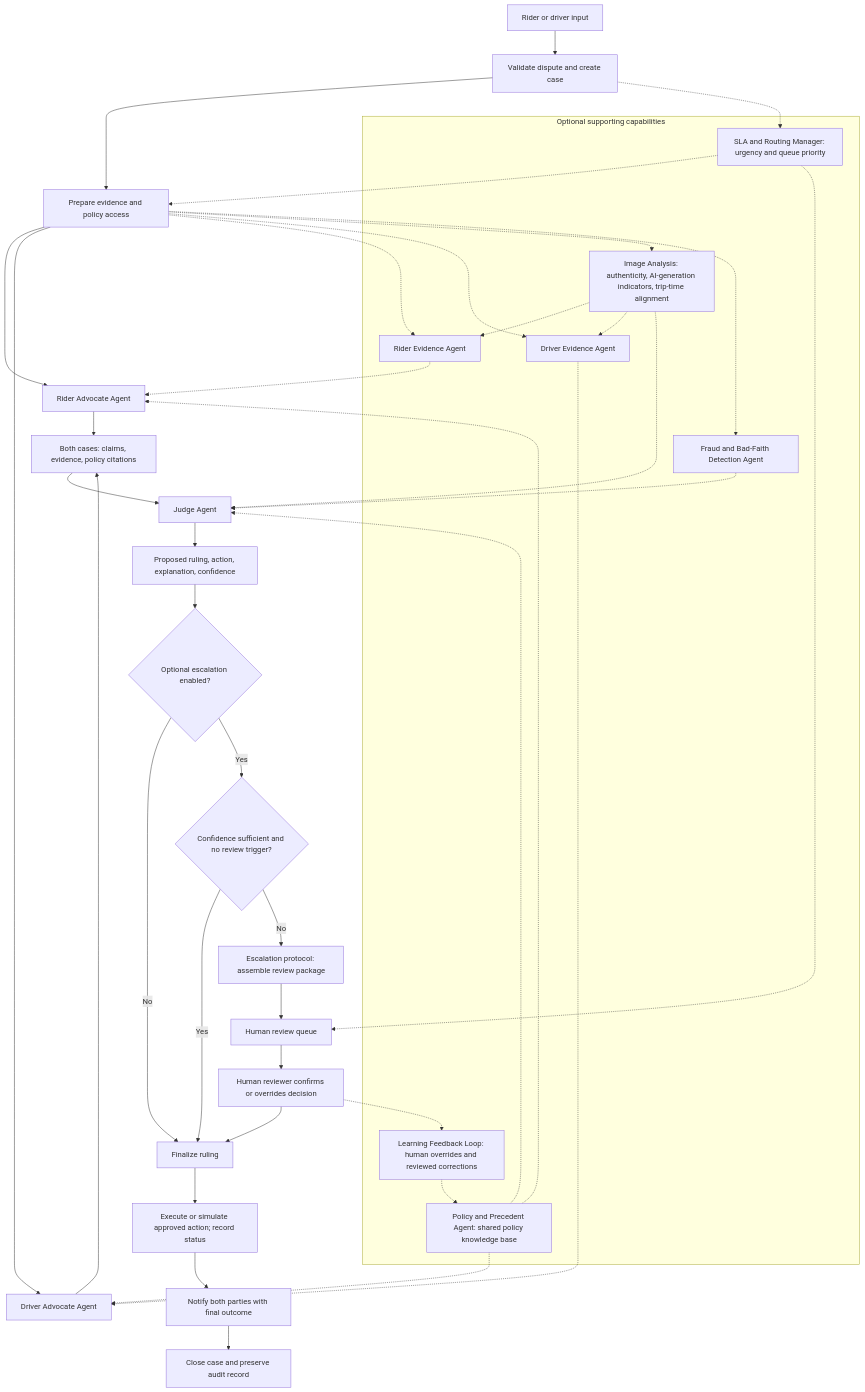
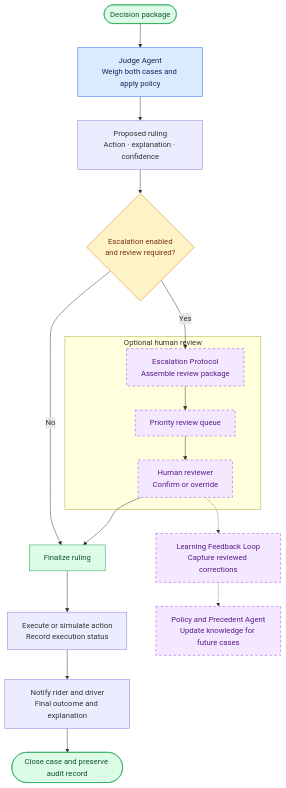
One commit to Bread04/Tencent-AI-Cloud-Hackathon changed the third of 3 diagrams in workflow.md. Above: the diagram before and after it, drawn with Mermaid. The commit also changed other lines of this file, not shown here.

````diff
--- a/workflow.md
+++ b/workflow.md
@@ -63,51 +127,31 @@
 ```mermaid
-flowchart TD
-    A["Rider or driver input"] --> B["Validate dispute and create case"]
-    B --> C["Prepare evidence and policy access"]
-    C --> R["Rider Advocate Agent"]
-    C --> D["Driver Advocate Agent"]
-    R --> X["Both cases: claims, evidence, policy citations"]
-    D --> X
-    X --> J["Judge Agent"]
-    J --> K["Proposed ruling, action, explanation, confidence"]
-    K --> G{"Optional escalation enabled?"}
+flowchart TB
+    A(["Decision package"]) --> J["Judge Agent<br/>Weigh both cases and apply policy"]
+    J --> K["Proposed ruling<br/>Action · explanation · confidence"]
+    K --> G{"Escalation enabled<br/>and review required?"}
+
     G -->|No| O["Finalize ruling"]
-    G -->|Yes| T{"Confidence sufficient and no review trigger?"}
-    T -->|Yes| O
-    T -->|No| H["Escalation protocol: assemble review package"]
-    H --> Q["Human review queue"]
-    Q --> U["Human reviewer confirms or overrides decision"]
-    U --> O
-    O --> W["Execute or simulate approved action; record status"]
-    W --> N["Notify both parties with final outcome"]
-    N --> Z["Close case and preserve audit record"]
+    G -->|Yes| H["Escalation Protocol<br/>Assemble review package"]
 
-    subgraph EXT["Optional supporting capabilities"]
-        S["SLA and Routing Manager: urgency and queue priority"]
-        ER["Rider Evidence Agent"]
-        ED["Driver Evidence Agent"]
-        P["Policy and Precedent Agent: shared policy knowledge base"]
-        I["Image Analysis: authenticity, AI-generation indicators, trip-time alignment"]
-        F["Fraud and Bad-Faith Detection Agent"]
-        FB["Learning Feedback Loop: human overrides and reviewed corrections"]
+    subgraph REVIEW["Optional human review"]
+        H --> Q["Priority review queue"]
+        Q --> U["Human reviewer<br/>Confirm or override"]
     end
 
-    B -.-> S
-    S -.-> C
-    C -.-> ER
-    C -.-> ED
-    ER -.-> R
-    ED -.-> D
-    P -.-> R
-    P -.-> D
-    P -.-> J
-    C -.-> I
-    I -.-> ER
-    I -.-> ED
-    I -.-> J
-    C -.-> F
-    F -.-> J
-    S -.-> Q
-    U -.-> FB
-    FB -.-> P
+    U --> O
+    O --> W["Execute or simulate action<br/>Record execution status"]
+    W --> N["Notify rider and driver<br/>Final outcome and explanation"]
+    N --> Z(["Close case and preserve audit record"])
+
+    U -.-> FB["Learning Feedback Loop<br/>Capture reviewed corrections"]
+    FB -.-> P["Policy and Precedent Agent<br/>Update knowledge for future cases"]
+
+    classDef agent fill:#dbeafe,stroke:#2563eb,color:#172554
+    classDef optional fill:#f3e8ff,stroke:#9333ea,color:#581c87,stroke-dasharray:5 5
+    classDef decision fill:#fef3c7,stroke:#d97706,color:#78350f
+    classDef outcome fill:#dcfce7,stroke:#16a34a,color:#14532d
+    class J agent
+    class H,Q,U,FB,P optional
+    class G decision
+    class A,O,Z outcome
 ```
````
